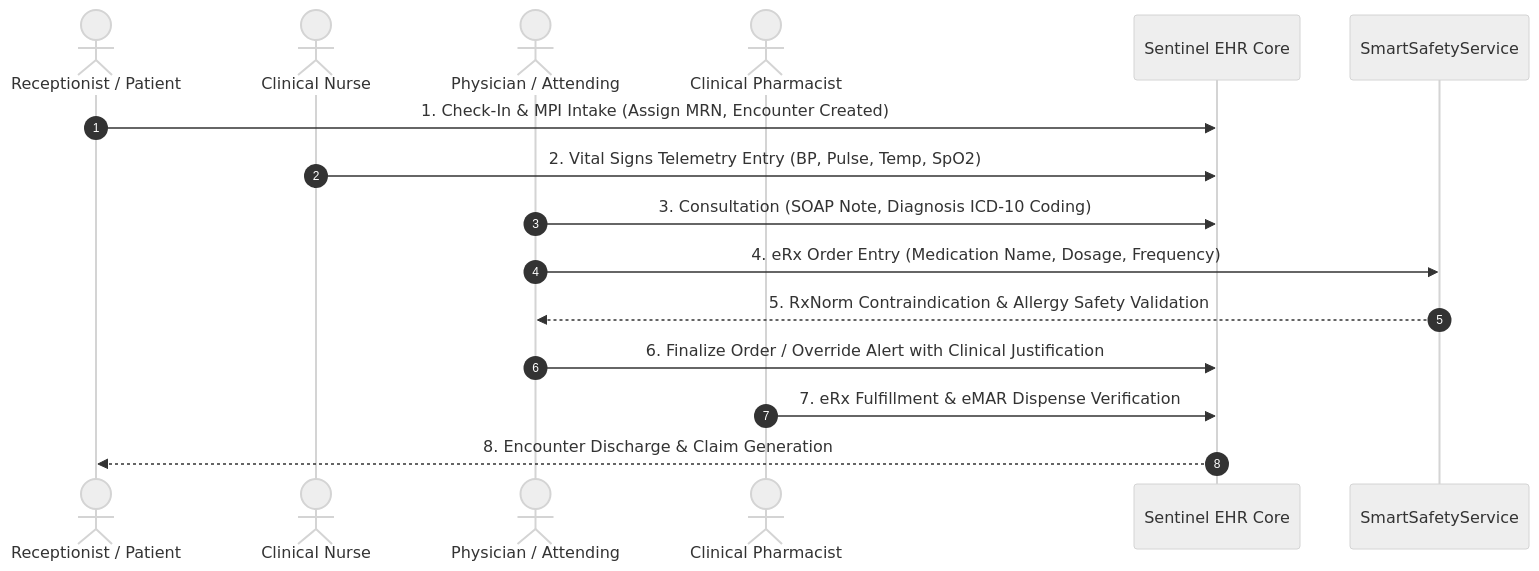
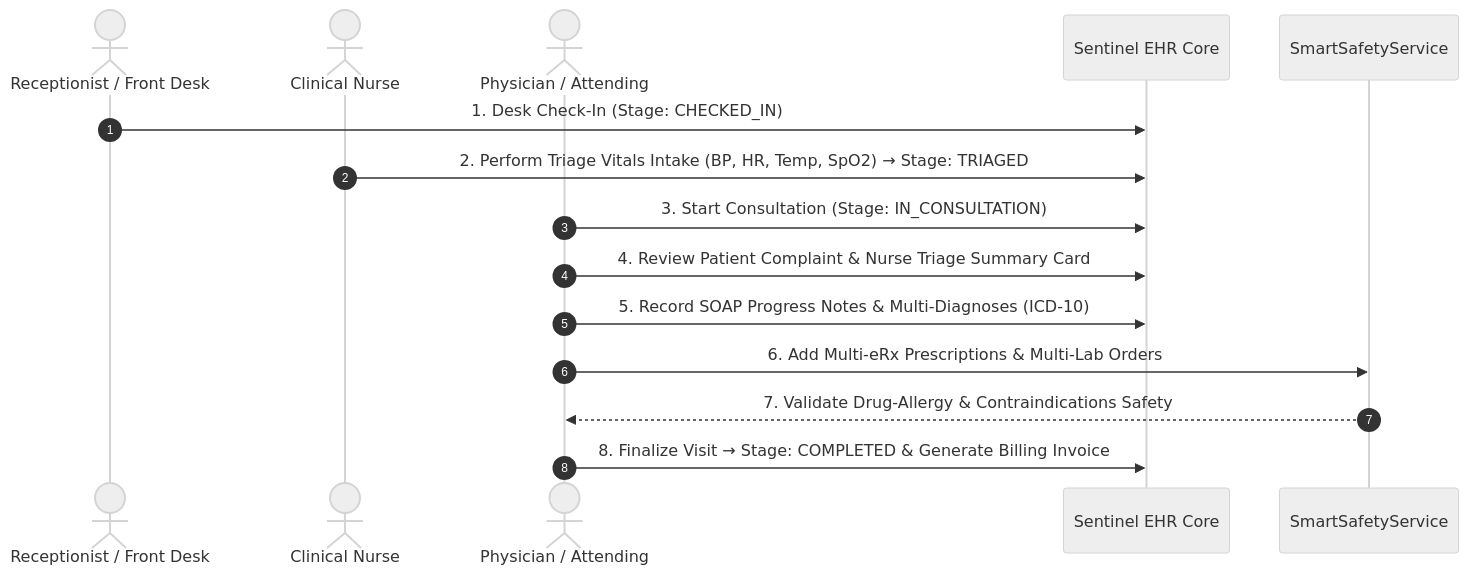
One commit to kamranxdev/Sentinel-EHR changed the first of 2 diagrams in docs/clinical/clinical-workflows-spec.md. Above: the diagram before and after it, drawn with Mermaid (neutral theme). The commit also changed other lines of this file and 17 other files, not shown here.

Commit message:
feat: implement nurse triage vitals intake flow and update appointment staging status to IN_CONSULTATION

````diff
--- a/docs/clinical/clinical-workflows-spec.md
+++ b/docs/clinical/clinical-workflows-spec.md
@@ -25,19 +56,18 @@
 ```mermaid
 sequenceDiagram
     autonumber
-    actor Receptionist as Receptionist / Patient
+    actor Receptionist as Receptionist / Front Desk
     actor Nurse as Clinical Nurse
     actor Doctor as Physician / Attending
-    actor Pharmacist as Clinical Pharmacist
     participant Sentinel as Sentinel EHR Core
     participant Safety as SmartSafetyService
 
-    Receptionist->>Sentinel: 1. Check-In & MPI Intake (Assign MRN, Encounter Created)
-    Nurse->>Sentinel: 2. Vital Signs Telemetry Entry (BP, Pulse, Temp, SpO2)
-    Doctor->>Sentinel: 3. Consultation (SOAP Note, Diagnosis ICD-10 Coding)
-    Doctor->>Safety: 4. eRx Order Entry (Medication Name, Dosage, Frequency)
-    Safety-->>Doctor: 5. RxNorm Contraindication & Allergy Safety Validation
-    Doctor->>Sentinel: 6. Finalize Order / Override Alert with Clinical Justification
-    Pharmacist->>Sentinel: 7. eRx Fulfillment & eMAR Dispense Verification
-    Sentinel-->>Receptionist: 8. Encounter Discharge & Claim Generation
+    Receptionist->>Sentinel: 1. Desk Check-In (Stage: CHECKED_IN)
+    Nurse->>Sentinel: 2. Perform Triage Vitals Intake (BP, HR, Temp, SpO2) → Stage: TRIAGED
+    Doctor->>Sentinel: 3. Start Consultation (Stage: IN_CONSULTATION)
+    Doctor->>Sentinel: 4. Review Patient Complaint & Nurse Triage Summary Card
+    Doctor->>Sentinel: 5. Record SOAP Progress Notes & Multi-Diagnoses (ICD-10)
+    Doctor->>Safety: 6. Add Multi-eRx Prescriptions & Multi-Lab Orders
+    Safety-->>Doctor: 7. Validate Drug-Allergy & Contraindications Safety
+    Doctor->>Sentinel: 8. Finalize Visit → Stage: COMPLETED & Generate Billing Invoice
 ```
````
